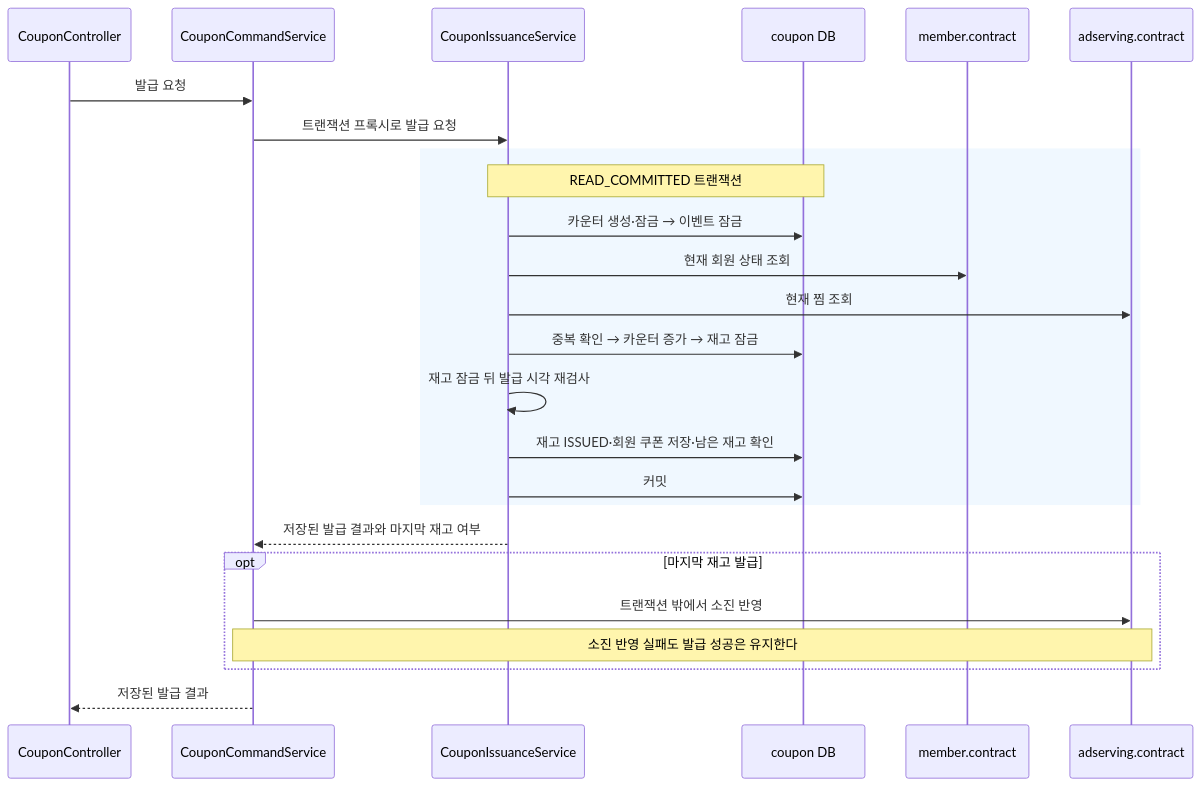
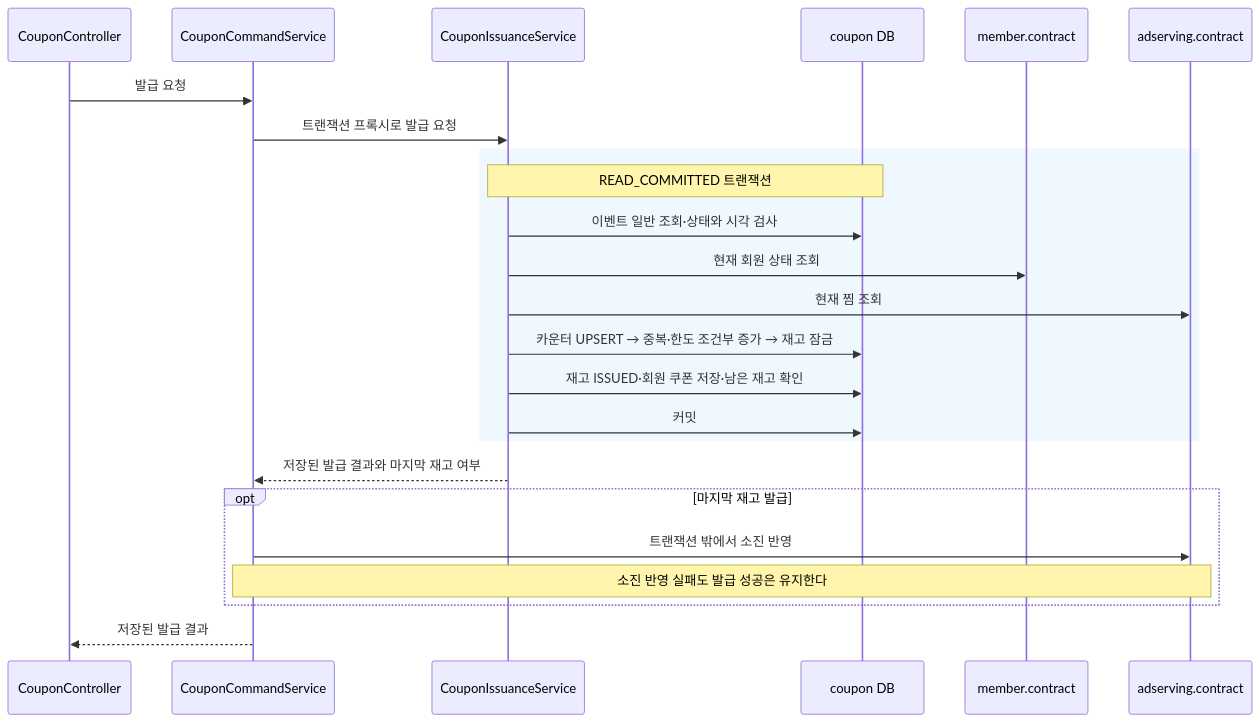
Before and after one commit to lunch-catch/lc-backend: the fifth of 6 diagrams in docs/design/coupon/coupon_구조와_동작_설계.md, drawn with Mermaid. The commit also changed other lines of this file and 10 other files, not shown here.

````diff
--- a/docs/design/coupon/coupon_구조와_동작_설계.md
+++ b/docs/design/coupon/coupon_구조와_동작_설계.md
@@ -245,27 +245,26 @@
 ```mermaid
 sequenceDiagram
     participant C as CouponController
     participant S as CouponCommandService
     participant I as CouponIssuanceService
     participant D as coupon DB
     participant M as member.contract
     participant A as adserving.contract
     C->>S: 발급 요청
     S->>I: 트랜잭션 프록시로 발급 요청
     rect rgb(240, 248, 255)
         Note over I,D: READ_COMMITTED 트랜잭션
-        I->>D: 카운터 생성·잠금 → 이벤트 잠금
+        I->>D: 이벤트 일반 조회·상태와 시각 검사
         I->>M: 현재 회원 상태 조회
         I->>A: 현재 찜 조회
-        I->>D: 중복 확인 → 카운터 증가 → 재고 잠금
-        I->>I: 재고 잠금 뒤 발급 시각 재검사
+        I->>D: 카운터 UPSERT → 중복·한도 조건부 증가 → 재고 잠금
         I->>D: 재고 ISSUED·회원 쿠폰 저장·남은 재고 확인
         I->>D: 커밋
     end
     I-->>S: 저장된 발급 결과와 마지막 재고 여부
     opt 마지막 재고 발급
         S->>A: 트랜잭션 밖에서 소진 반영
         Note over S,A: 소진 반영 실패도 발급 성공은 유지한다
     end
     S-->>C: 저장된 발급 결과
 ```
````
